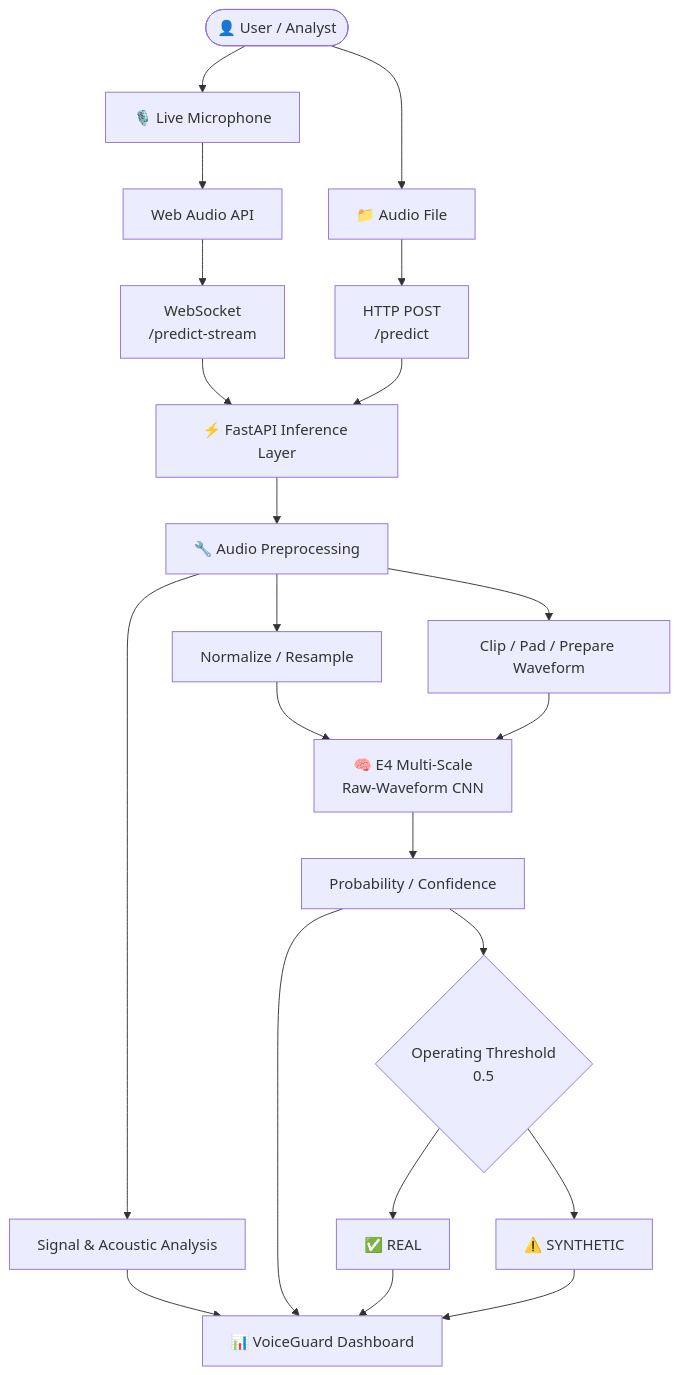
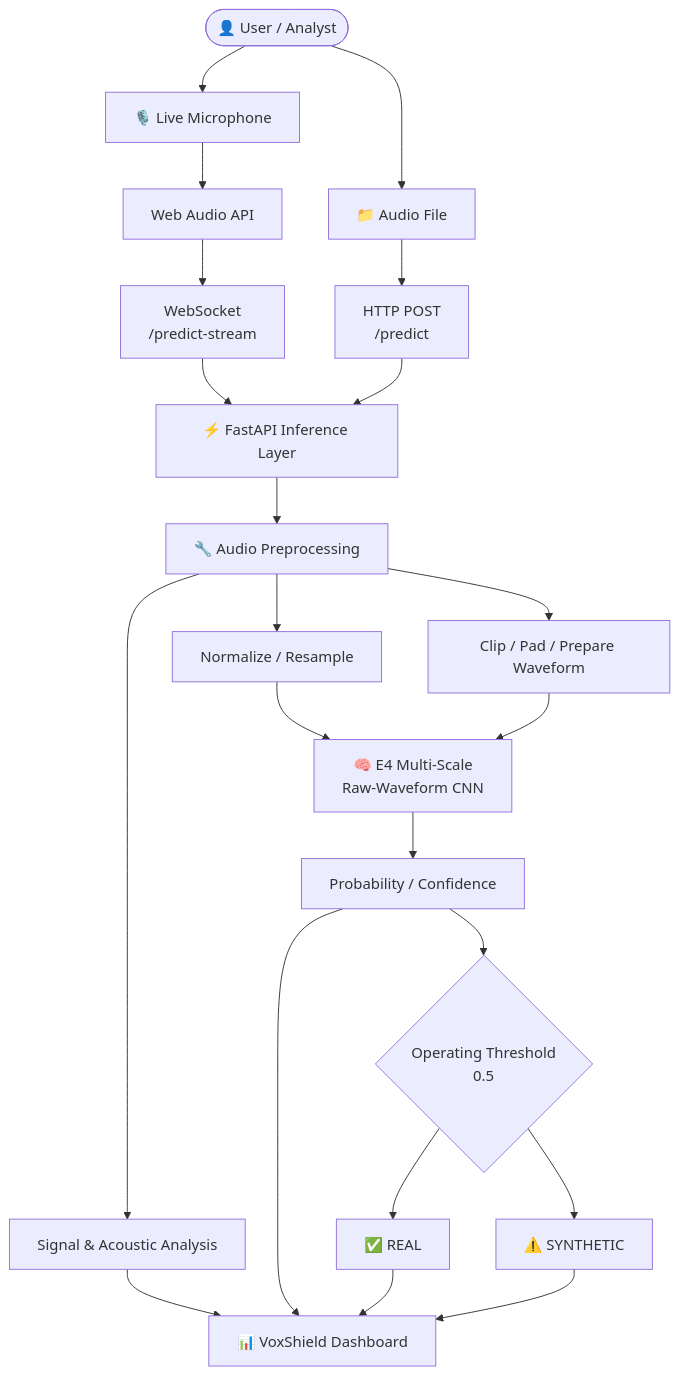
Before and after one commit to Jyatin/VoiceGuard: the first of 5 diagrams in README.md, drawn with Mermaid. The commit also changed other lines of this file, not shown here.

Commit message:
docs: rebrand README to VoxShield

````diff
--- a/README.md
+++ b/README.md
@@ -119,33 +119,33 @@
 ```mermaid
 flowchart TB
     USER([👤 User / Analyst])
 
     USER --> MIC[🎙️ Live Microphone]
     USER --> FILE[📁 Audio File]
 
     MIC --> WEB[Web Audio API]
     WEB --> WS[WebSocket<br/>/predict-stream]
     FILE --> REST[HTTP POST<br/>/predict]
 
     WS --> API[⚡ FastAPI Inference Layer]
     REST --> API
 
     API --> PRE[🔧 Audio Preprocessing]
     PRE --> NORM[Normalize / Resample]
     PRE --> FIX[Clip / Pad / Prepare Waveform]
     PRE --> FEATURES[Signal & Acoustic Analysis]
 
     NORM --> E4[🧠 E4 Multi-Scale<br/>Raw-Waveform CNN]
     FIX --> E4
 
     E4 --> SCORE[Probability / Confidence]
     SCORE --> DECISION{Operating Threshold<br/>0.5}
 
     DECISION --> REAL[✅ REAL]
     DECISION --> FAKE[⚠️ SYNTHETIC]
 
-    FEATURES --> DASH[📊 VoiceGuard Dashboard]
+    FEATURES --> DASH[📊 VoxShield Dashboard]
     SCORE --> DASH
     REAL --> DASH
     FAKE --> DASH
 ```
````
